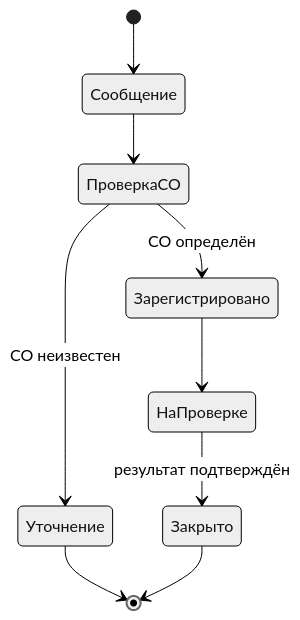
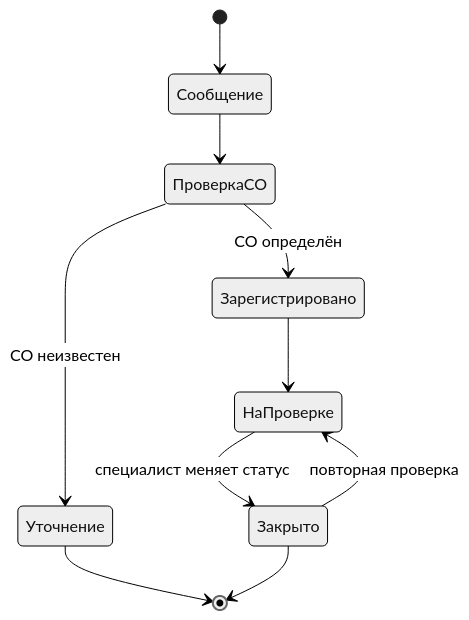
Before and after one commit to glamurplanet/USUDT: the fifth of 7 diagrams in docs/ALGORITHMS.md, drawn with Mermaid (neutral theme). The commit also changed other lines of this file, not shown here.

````diff
--- a/docs/ALGORITHMS.md
+++ b/docs/ALGORITHMS.md
@@ -79,11 +80,12 @@
 ```mermaid
 stateDiagram-v2
     [*] --> Сообщение
     Сообщение --> ПроверкаСО
     ПроверкаСО --> Уточнение: СО неизвестен
     ПроверкаСО --> Зарегистрировано: СО определён
     Зарегистрировано --> НаПроверке
-    НаПроверке --> Закрыто: результат подтверждён
+    НаПроверке --> Закрыто: специалист меняет статус
+    Закрыто --> НаПроверке: повторная проверка
     Уточнение --> [*]
     Закрыто --> [*]
 ```
````
